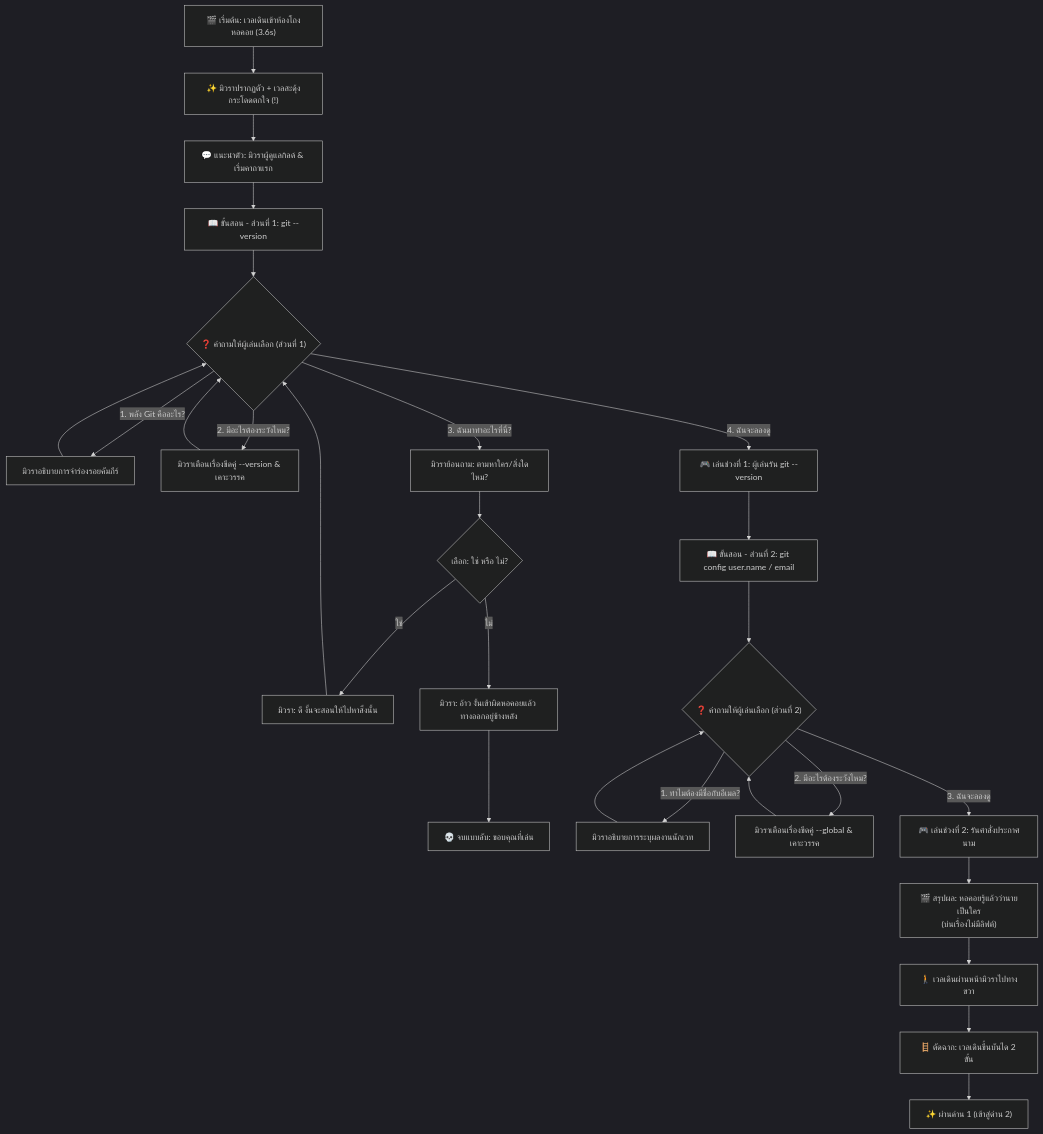
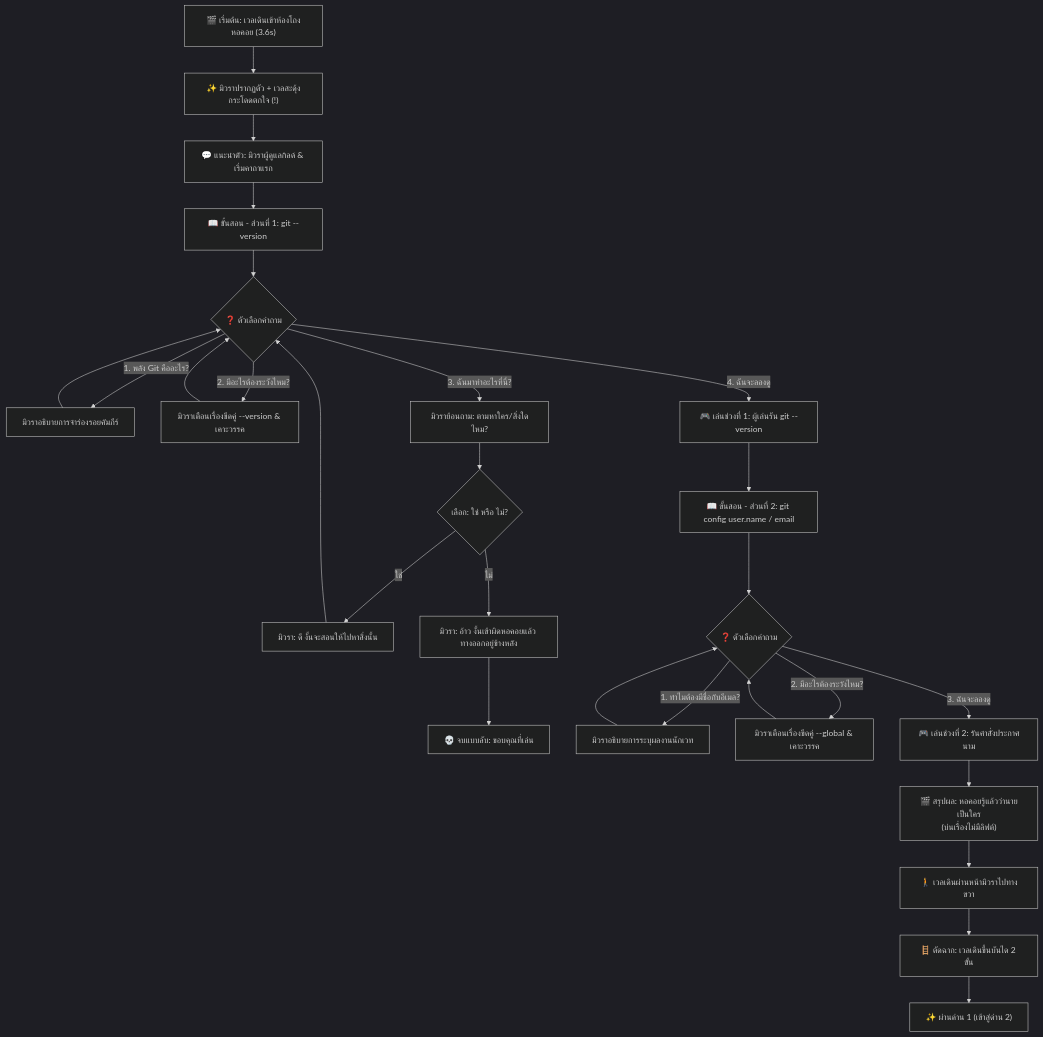
The diagram in docs/inside-tower-cutscene.md (PetchAuisui/Demo-Game-Git-Diwaa), drawn with Mermaid (dark theme) before and after one commit. The commit also changed other lines of this file and 2 other files, not shown here.

````diff
--- a/docs/inside-tower-cutscene.md
+++ b/docs/inside-tower-cutscene.md
@@ -9,29 +9,29 @@
 ```mermaid
 flowchart TD
     Start["🎬 เริ่มต้น: เวลเดินเข้าห้องโถงหอคอย (3.6s)"] --> MewlaWarp["✨ มิวราปรากฏตัว + เวลสะดุ้งกระโดดตกใจ (!)"]
     MewlaWarp --> IntroTalk["💬 แนะนำตัว: มิวราผู้ดูแลกิลด์ & เริ่มคาถาแรก"]
     
     IntroTalk --> Teach1["📖 ขั้นสอน - ส่วนที่ 1: git --version"]
-    Teach1 --> Choice1{"❓ คำถามให้ผู้เล่นเลือก (ส่วนที่ 1)"}
+    Teach1 --> Choice1{"❓ ตัวเลือกคำถาม"}
     
     Choice1 -->|"1. พลัง Git คืออะไร?"| Ans1_1["มิวราอธิบายการจำร่องรอยคัมภีร์"] --> Choice1
     Choice1 -->|"2. มีอะไรต้องระวังไหม?"| Ans1_2["มิวราเตือนเรื่องขีดคู่ --version & เคาะวรรค"] --> Choice1
     Choice1 -->|"3. ฉันมาทำอะไรที่นี่?"| Ans1_3["มิวราย้อนถาม: ตามหาใคร/สิ่งใดไหม?"]
     Ans1_3 --> SubChoice{"เลือก: ใช่ หรือ ไม่?"}
     SubChoice -->|"ใช่"| AnsSubYes["มิวรา: ดี งั้นจะสอนให้ไปหาสิ่งนั้น"] --> Choice1
     SubChoice -->|"ไม่"| AnsSubNo["มิวรา: อ้าว งั้นเข้าผิดหอคอยแล้ว ทางออกอยู่ข้างหลัง"] --> BadEnd["💀 จบแบบลับ: ขอบคุณที่เล่น"]
     
     Choice1 -->|"4. ฉันจะลองดู"| Gameplay1["🎮 เล่นช่วงที่ 1: ผู้เล่นรัน git --version"]
     
     Gameplay1 --> Teach2["📖 ขั้นสอน - ส่วนที่ 2: git config user.name / email"]
-    Teach2 --> Choice2{"❓ คำถามให้ผู้เล่นเลือก (ส่วนที่ 2)"}
+    Teach2 --> Choice2{"❓ ตัวเลือกคำถาม"}
     
     Choice2 -->|"1. ทำไมต้องมีชื่อกับอีเมล?"| Ans2_1["มิวราอธิบายการระบุผลงานนักเวท"] --> Choice2
     Choice2 -->|"2. มีอะไรต้องระวังไหม?"| Ans2_2["มิวราเตือนเรื่องขีดคู่ --global & เคาะวรรค"] --> Choice2
     Choice2 -->|"3. ฉันจะลองดู"| Gameplay2["🎮 เล่นช่วงที่ 2: รันคำสั่งประกาศนาม"]
     
     Gameplay2 --> Outro["🎬 สรุปผล: หอคอยรู้แล้วว่านายเป็นใคร\n(บ่นเรื่องไม่มีลิฟต์)"]
     Outro --> WalkPast["🚶 เวลเดินผ่านหน้ามิวราไปทางขวา"]
     WalkPast --> Stairs["🪜 ตัดฉาก: เวลเดินขึ้นบันได 2 ขั้น"]
     Stairs --> NextLevel["✨ ผ่านด่าน 1 (เข้าสู่ด่าน 2)"]
 ```
````
